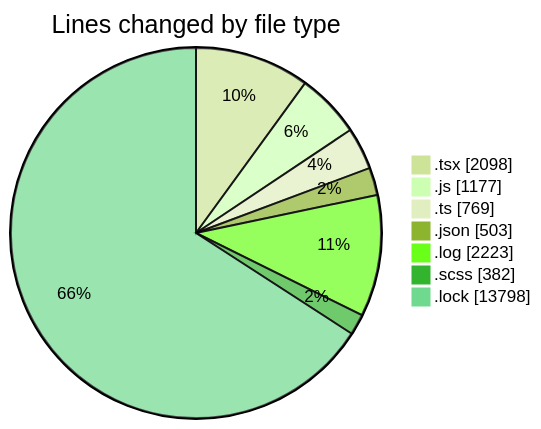
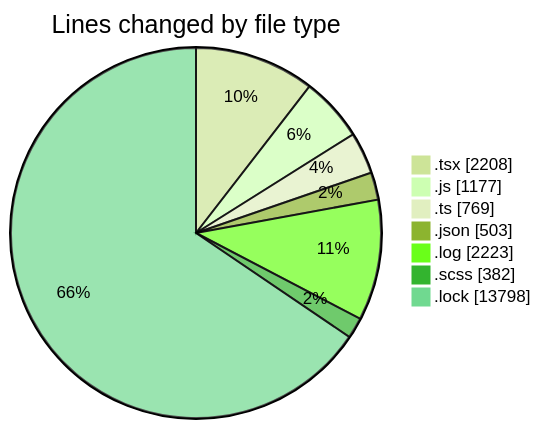
One commit to momahboobian/code-tracking changed the first of 2 diagrams in 2026-04-17/cda/README.md. Above: the diagram before and after it, drawn with Mermaid (forest theme). The commit also changed other lines of this file and 1 other file, not shown here.

````diff
--- a/2026-04-17/cda/README.md
+++ b/2026-04-17/cda/README.md
@@ -47,11 +48,11 @@
 ```mermaid
 pie showData
 title Lines changed by file type
-".tsx" : 2098
+".tsx" : 2208
 ".js" : 1177
 ".ts" : 769
 ".json" : 503
 ".log" : 2223
 ".scss" : 382
 ".lock" : 13798
 ```
````
